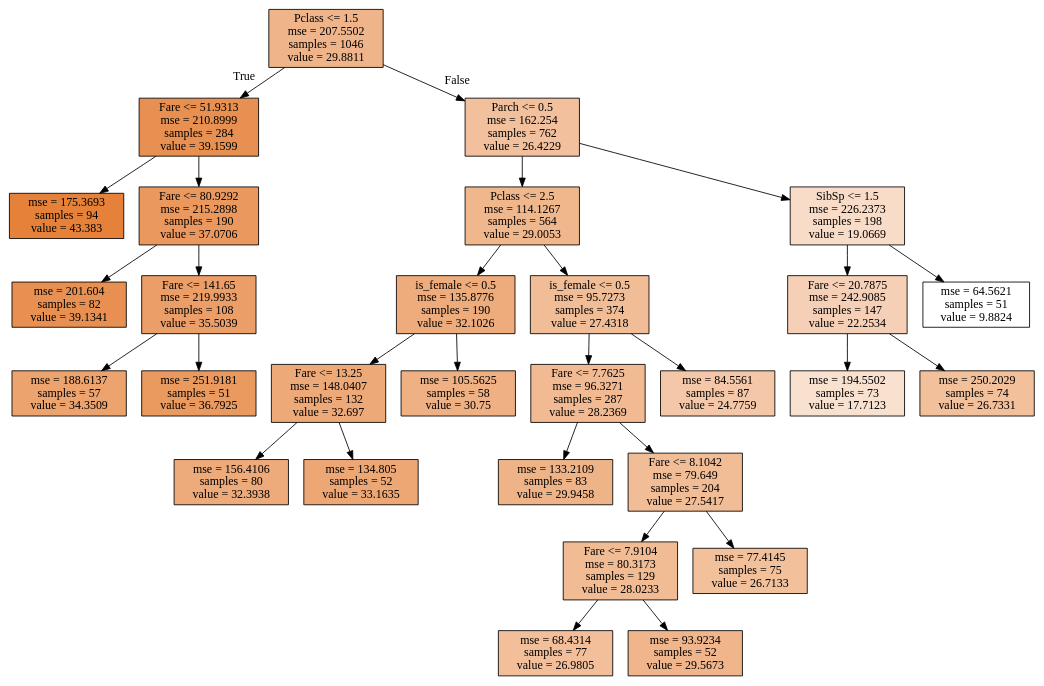
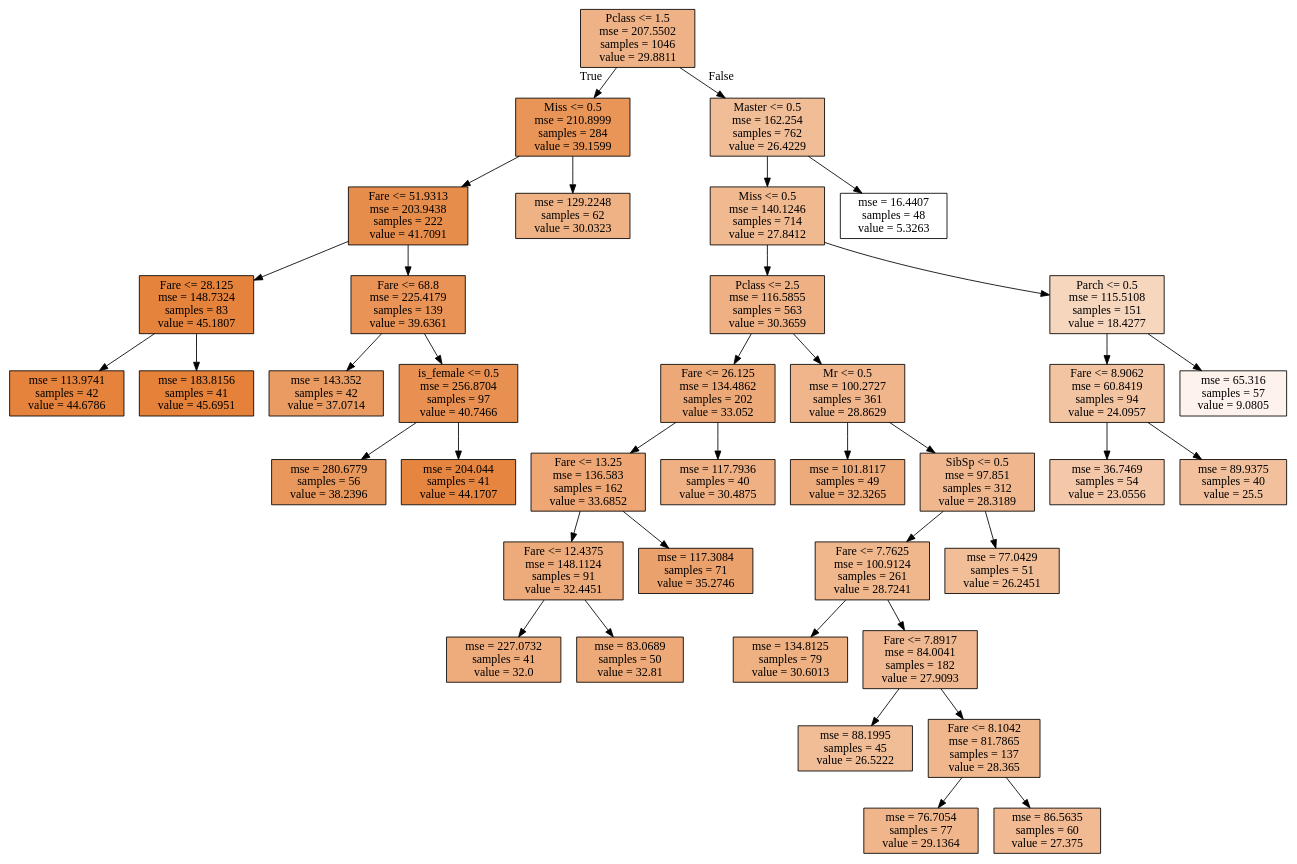
One commit to Sirorezka/Titanic changed the diagram in img/agetree.dot. Above: the diagram before and after it, drawn with Graphviz. The commit also changed 12 other files, not shown here.

```diff
--- a/img/agetree.dot
+++ b/img/agetree.dot
@@ -1,60 +1,80 @@
 digraph Tree {
 node [shape=box, style="filled", color="black"] ;
-0 [label="Pclass <= 1.5\nmse = 207.5502\nsamples = 1046\nvalue = 29.8811", fillcolor="#e5813998"] ;
-1 [label="Fare <= 51.9313\nmse = 210.8999\nsamples = 284\nvalue = 39.1599", fillcolor="#e58139df"] ;
+0 [label="Pclass <= 1.5\nmse = 207.5502\nsamples = 1046\nvalue = 29.8811", fillcolor="#e581399b"] ;
+1 [label="Miss <= 0.5\nmse = 210.8999\nsamples = 284\nvalue = 39.1599", fillcolor="#e58139d6"] ;
 0 -> 1 [labeldistance=2.5, labelangle=45, headlabel="True"] ;
-2 [label="mse = 175.3693\nsamples = 94\nvalue = 43.383", fillcolor="#e58139ff"] ;
+2 [label="Fare <= 51.9313\nmse = 203.9438\nsamples = 222\nvalue = 41.7091", fillcolor="#e58139e6"] ;
 1 -> 2 ;
-3 [label="Fare <= 80.9292\nmse = 215.2898\nsamples = 190\nvalue = 37.0706", fillcolor="#e58139cf"] ;
-1 -> 3 ;
-4 [label="mse = 201.604\nsamples = 82\nvalue = 39.1341", fillcolor="#e58139df"] ;
+3 [label="Fare <= 28.125\nmse = 148.7324\nsamples = 83\nvalue = 45.1807", fillcolor="#e58139fc"] ;
+2 -> 3 ;
+4 [label="mse = 113.9741\nsamples = 42\nvalue = 44.6786", fillcolor="#e58139f9"] ;
 3 -> 4 ;
-5 [label="Fare <= 141.65\nmse = 219.9933\nsamples = 108\nvalue = 35.5039", fillcolor="#e58139c3"] ;
+5 [label="mse = 183.8156\nsamples = 41\nvalue = 45.6951", fillcolor="#e58139ff"] ;
 3 -> 5 ;
-6 [label="mse = 188.6137\nsamples = 57\nvalue = 34.3509", fillcolor="#e58139ba"] ;
-5 -> 6 ;
-7 [label="mse = 251.9181\nsamples = 51\nvalue = 36.7925", fillcolor="#e58139cd"] ;
-5 -> 7 ;
-8 [label="Parch <= 0.5\nmse = 162.254\nsamples = 762\nvalue = 26.4229", fillcolor="#e581397e"] ;
-0 -> 8 [labeldistance=2.5, labelangle=-45, headlabel="False"] ;
-9 [label="Pclass <= 2.5\nmse = 114.1267\nsamples = 564\nvalue = 29.0053", fillcolor="#e5813992"] ;
+6 [label="Fare <= 68.8\nmse = 225.4179\nsamples = 139\nvalue = 39.6361", fillcolor="#e58139d9"] ;
+2 -> 6 ;
+7 [label="mse = 143.352\nsamples = 42\nvalue = 37.0714", fillcolor="#e58139c9"] ;
+6 -> 7 ;
+8 [label="is_female <= 0.5\nmse = 256.8704\nsamples = 97\nvalue = 40.7466", fillcolor="#e58139e0"] ;
+6 -> 8 ;
+9 [label="mse = 280.6779\nsamples = 56\nvalue = 38.2396", fillcolor="#e58139d0"] ;
 8 -> 9 ;
-10 [label="is_female <= 0.5\nmse = 135.8776\nsamples = 190\nvalue = 32.1026", fillcolor="#e58139a9"] ;
-9 -> 10 ;
-11 [label="Fare <= 13.25\nmse = 148.0407\nsamples = 132\nvalue = 32.697", fillcolor="#e58139ae"] ;
-10 -> 11 ;
-12 [label="mse = 156.4106\nsamples = 80\nvalue = 32.3938", fillcolor="#e58139ab"] ;
-11 -> 12 ;
-13 [label="mse = 134.805\nsamples = 52\nvalue = 33.1635", fillcolor="#e58139b1"] ;
-11 -> 13 ;
-14 [label="mse = 105.5625\nsamples = 58\nvalue = 30.75", fillcolor="#e581399f"] ;
-10 -> 14 ;
-15 [label="is_female <= 0.5\nmse = 95.7273\nsamples = 374\nvalue = 27.4318", fillcolor="#e5813986"] ;
-9 -> 15 ;
-16 [label="Fare <= 7.7625\nmse = 96.3271\nsamples = 287\nvalue = 28.2369", fillcolor="#e581398c"] ;
+10 [label="mse = 204.044\nsamples = 41\nvalue = 44.1707", fillcolor="#e58139f5"] ;
+8 -> 10 ;
+11 [label="mse = 129.2248\nsamples = 62\nvalue = 30.0323", fillcolor="#e581399c"] ;
+1 -> 11 ;
+12 [label="Master <= 0.5\nmse = 162.254\nsamples = 762\nvalue = 26.4229", fillcolor="#e5813985"] ;
+0 -> 12 [labeldistance=2.5, labelangle=-45, headlabel="False"] ;
+13 [label="Miss <= 0.5\nmse = 140.1246\nsamples = 714\nvalue = 27.8412", fillcolor="#e581398e"] ;
+12 -> 13 ;
+14 [label="Pclass <= 2.5\nmse = 116.5855\nsamples = 563\nvalue = 30.3659", fillcolor="#e581399e"] ;
+13 -> 14 ;
+15 [label="Fare <= 26.125\nmse = 134.4862\nsamples = 202\nvalue = 33.052", fillcolor="#e58139af"] ;
+14 -> 15 ;
+16 [label="Fare <= 13.25\nmse = 136.583\nsamples = 162\nvalue = 33.6852", fillcolor="#e58139b3"] ;
 15 -> 16 ;
-17 [label="mse = 133.2109\nsamples = 83\nvalue = 29.9458", fillcolor="#e5813999"] ;
+17 [label="Fare <= 12.4375\nmse = 148.1124\nsamples = 91\nvalue = 32.4451", fillcolor="#e58139ab"] ;
 16 -> 17 ;
-18 [label="Fare <= 8.1042\nmse = 79.649\nsamples = 204\nvalue = 27.5417", fillcolor="#e5813986"] ;
-16 -> 18 ;
-19 [label="Fare <= 7.9104\nmse = 80.3173\nsamples = 129\nvalue = 28.0233", fillcolor="#e581398a"] ;
-18 -> 19 ;
-20 [label="mse = 68.4314\nsamples = 77\nvalue = 26.9805", fillcolor="#e5813982"] ;
-19 -> 20 ;
-21 [label="mse = 93.9234\nsamples = 52\nvalue = 29.5673", fillcolor="#e5813996"] ;
-19 -> 21 ;
-22 [label="mse = 77.4145\nsamples = 75\nvalue = 26.7133", fillcolor="#e5813980"] ;
-18 -> 22 ;
-23 [label="mse = 84.5561\nsamples = 87\nvalue = 24.7759", fillcolor="#e5813971"] ;
-15 -> 23 ;
-24 [label="SibSp <= 1.5\nmse = 226.2373\nsamples = 198\nvalue = 19.0669", fillcolor="#e5813946"] ;
-8 -> 24 ;
-25 [label="Fare <= 20.7875\nmse = 242.9085\nsamples = 147\nvalue = 22.2534", fillcolor="#e581395e"] ;
+18 [label="mse = 227.0732\nsamples = 41\nvalue = 32.0", fillcolor="#e58139a8"] ;
+17 -> 18 ;
+19 [label="mse = 83.0689\nsamples = 50\nvalue = 32.81", fillcolor="#e58139ae"] ;
+17 -> 19 ;
+20 [label="mse = 117.3084\nsamples = 71\nvalue = 35.2746", fillcolor="#e58139bd"] ;
+16 -> 20 ;
+21 [label="mse = 117.7936\nsamples = 40\nvalue = 30.4875", fillcolor="#e581399f"] ;
+15 -> 21 ;
+22 [label="Mr <= 0.5\nmse = 100.2727\nsamples = 361\nvalue = 28.8629", fillcolor="#e5813995"] ;
+14 -> 22 ;
+23 [label="mse = 101.8117\nsamples = 49\nvalue = 32.3265", fillcolor="#e58139ab"] ;
+22 -> 23 ;
+24 [label="SibSp <= 0.5\nmse = 97.851\nsamples = 312\nvalue = 28.3189", fillcolor="#e5813991"] ;
+22 -> 24 ;
+25 [label="Fare <= 7.7625\nmse = 100.9124\nsamples = 261\nvalue = 28.7241", fillcolor="#e5813994"] ;
 24 -> 25 ;
-26 [label="mse = 194.5502\nsamples = 73\nvalue = 17.7123", fillcolor="#e581393c"] ;
+26 [label="mse = 134.8125\nsamples = 79\nvalue = 30.6013", fillcolor="#e58139a0"] ;
 25 -> 26 ;
-27 [label="mse = 250.2029\nsamples = 74\nvalue = 26.7331", fillcolor="#e5813980"] ;
+27 [label="Fare <= 7.8917\nmse = 84.0041\nsamples = 182\nvalue = 27.9093", fillcolor="#e581398f"] ;
 25 -> 27 ;
-28 [label="mse = 64.5621\nsamples = 51\nvalue = 9.8824", fillcolor="#e5813900"] ;
-24 -> 28 ;
+28 [label="mse = 88.1995\nsamples = 45\nvalue = 26.5222", fillcolor="#e5813986"] ;
+27 -> 28 ;
+29 [label="Fare <= 8.1042\nmse = 81.7865\nsamples = 137\nvalue = 28.365", fillcolor="#e5813992"] ;
+27 -> 29 ;
+30 [label="mse = 76.7054\nsamples = 77\nvalue = 29.1364", fillcolor="#e5813996"] ;
+29 -> 30 ;
+31 [label="mse = 86.5635\nsamples = 60\nvalue = 27.375", fillcolor="#e581398b"] ;
+29 -> 31 ;
+32 [label="mse = 77.0429\nsamples = 51\nvalue = 26.2451", fillcolor="#e5813984"] ;
+24 -> 32 ;
+33 [label="Parch <= 0.5\nmse = 115.5108\nsamples = 151\nvalue = 18.4277", fillcolor="#e5813953"] ;
+13 -> 33 ;
+34 [label="Fare <= 8.9062\nmse = 60.8419\nsamples = 94\nvalue = 24.0957", fillcolor="#e5813977"] ;
+33 -> 34 ;
+35 [label="mse = 36.7469\nsamples = 54\nvalue = 23.0556", fillcolor="#e5813970"] ;
+34 -> 35 ;
+36 [label="mse = 89.9375\nsamples = 40\nvalue = 25.5", fillcolor="#e581397f"] ;
+34 -> 36 ;
+37 [label="mse = 65.316\nsamples = 57\nvalue = 9.0805", fillcolor="#e5813918"] ;
+33 -> 37 ;
+38 [label="mse = 16.4407\nsamples = 48\nvalue = 5.3263", fillcolor="#e5813900"] ;
+12 -> 38 ;
 }
```
